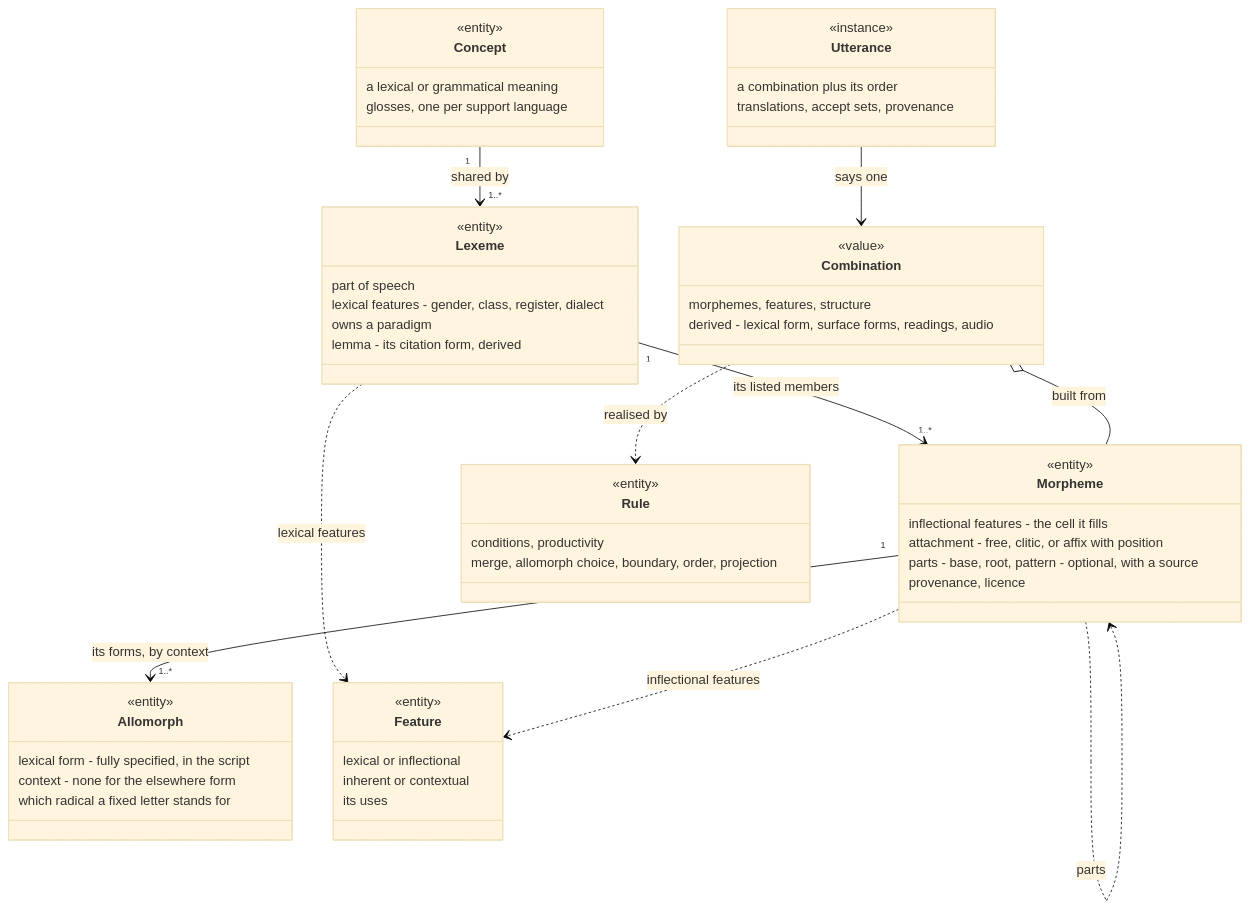
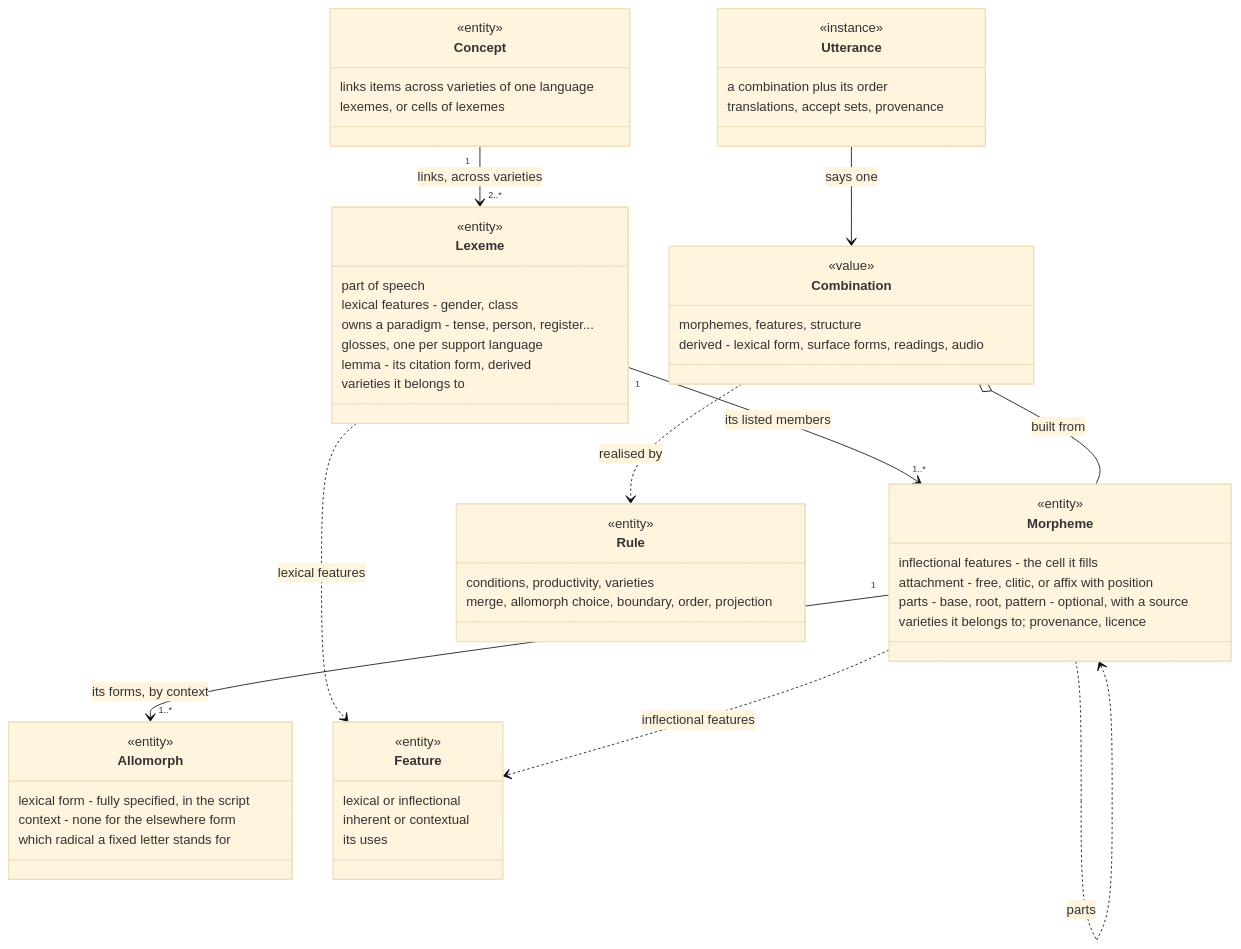
The first of 6 diagrams in docs/lexeme-model.md (iwsfutcmd/nabu), drawn with Mermaid (base theme) before and after one commit. The commit also changed other lines of this file and 1 other file, not shown here.

First line of the commit message:
docs: register in the paradigm, dialect as a variety scope, concepts across varieties; diagrams 1-2 redrawn

````diff
--- a/docs/lexeme-model.md
+++ b/docs/lexeme-model.md
@@ -29,59 +29,61 @@
 ```mermaid
 classDiagram
   direction TB
   class Concept {
     <<entity>>
-    a lexical or grammatical meaning
-    glosses, one per support language
+    links items across varieties of one language
+    lexemes, or cells of lexemes
   }
   class Lexeme {
     <<entity>>
     part of speech
-    lexical features - gender, class, register, dialect
-    owns a paradigm
+    lexical features - gender, class
+    owns a paradigm - tense, person, register...
+    glosses, one per support language
     lemma - its citation form, derived
+    varieties it belongs to
   }
   class Morpheme {
     <<entity>>
     inflectional features - the cell it fills
     attachment - free, clitic, or affix with position
     parts - base, root, pattern - optional, with a source
-    provenance, licence
+    varieties it belongs to; provenance, licence
   }
   class Allomorph {
     <<entity>>
     lexical form - fully specified, in the script
     context - none for the elsewhere form
     which radical a fixed letter stands for
   }
   class Rule {
     <<entity>>
-    conditions, productivity
+    conditions, productivity, varieties
     merge, allomorph choice, boundary, order, projection
   }
   class Feature {
     <<entity>>
     lexical or inflectional
     inherent or contextual
     its uses
   }
   class Combination {
     <<value>>
     morphemes, features, structure
     derived - lexical form, surface forms, readings, audio
   }
   class Utterance {
     <<instance>>
     a combination plus its order
     translations, accept sets, provenance
   }
-  Concept "1" --> "1..*" Lexeme : shared by
+  Concept "1" --> "2..*" Lexeme : links, across varieties
   Lexeme "1" --> "1..*" Morpheme : its listed members
   Morpheme "1" --> "1..*" Allomorph : its forms, by context
   Morpheme ..> Morpheme : parts
   Lexeme ..> Feature : lexical features
   Morpheme ..> Feature : inflectional features
   Combination o-- Morpheme : built from
   Combination ..> Rule : realised by
   Utterance --> Combination : says one
 ```
````
